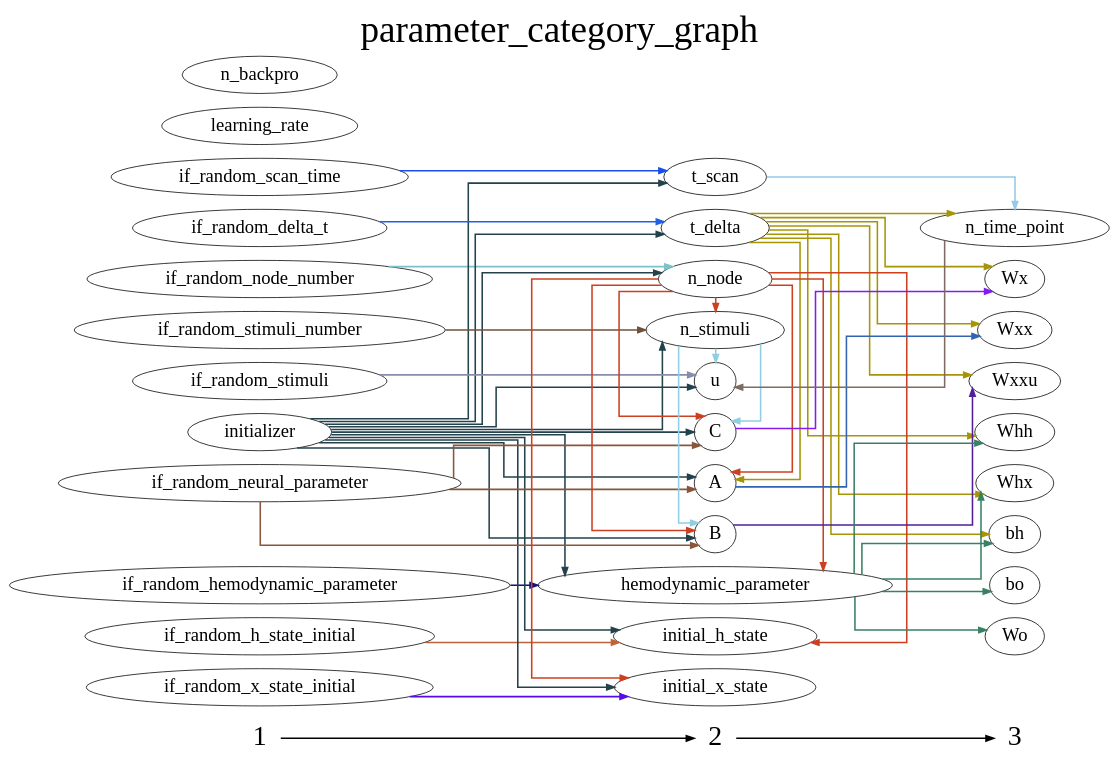
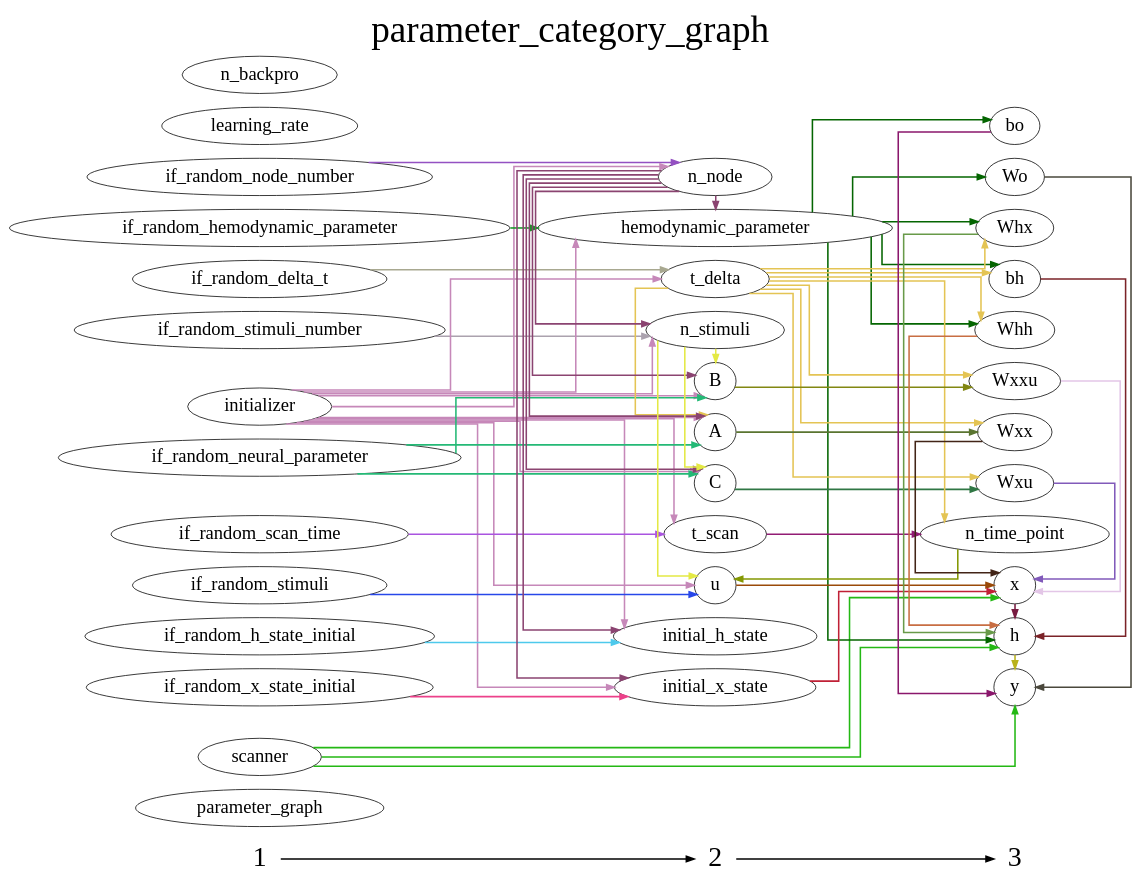
The diagram in DCM_RNN/documents/parameter_category_graph.gv (YuanWangOnward/DCM_RNN), drawn with Graphviz before and after one commit. The commit also changed 9 other files, not shown here.

Commit message:
Update parameter graph relationship graph

```diff
--- a/DCM_RNN/documents/parameter_category_graph.gv
+++ b/DCM_RNN/documents/parameter_category_graph.gv
@@ -1,106 +1,132 @@
 digraph G {
           splines=ortho;
           fontsize = 48;
           rankdir = "LR";
           node[fontsize=24];
           edge[penwidth=2];
           {
           node [shape=plaintext fontsize=36];
-          1 ->
-          2 ->
+          1 -> 
+          2 -> 
           3
           }
           {rank = same;
           1;
+          parameter_graph;
+          if_random_node_number;
+          if_random_stimuli_number;
+          initializer;
+          if_random_neural_parameter;
+          if_random_delta_t;
+          learning_rate;
+          scanner;
+          if_random_stimuli;
           if_random_scan_time;
-          if_random_node_number;
-          learning_rate;
+          n_backpro;
           if_random_h_state_initial;
+          if_random_x_state_initial;
           if_random_hemodynamic_parameter;
-          initializer;
-          if_random_stimuli;
-          if_random_neural_parameter;
-          if_random_x_state_initial;
-          if_random_delta_t;
-          if_random_stimuli_number;
-          n_backpro;
           }
           {rank = same;
           2;
-          t_scan;
+          hemodynamic_parameter;
+          C;
           t_delta;
+          u;
           n_node;
+          initial_h_state;
           B;
           A;
-          hemodynamic_parameter;
+          initial_x_state;
           n_stimuli;
-          C;
-          u;
-          initial_h_state;
-          initial_x_state;
+          t_scan;
           }
           {rank = same;
           3;
-          Wx;
           n_time_point;
+          bo;
           Wxx;
-          Whh;
           Whx;
           bh;
+          Wxu;
+          h;
+          Whh;
+          x;
+          y;
+          Wxxu;
           Wo;
-          bo;
-          Wxxu;
           }
-          initializer -> u [color="#24424C"];
-          initializer -> t_scan [color="#24424C"];
-          initializer -> t_delta [color="#24424C"];
-          initializer -> n_node [color="#24424C"];
-          initializer -> B [color="#24424C"];
-          initializer -> A [color="#24424C"];
-          initializer -> hemodynamic_parameter [color="#24424C"];
-          initializer -> n_stimuli [color="#24424C"];
-          initializer -> C [color="#24424C"];
-          initializer -> initial_h_state [color="#24424C"];
-          initializer -> initial_x_state [color="#24424C"];
-          n_time_point -> u [color="#806B64"];
-          t_delta -> Whx [color="#A69507"];
-          t_delta -> Wx [color="#A69507"];
-          t_delta -> A [color="#A69507"];
-          t_delta -> Whh [color="#A69507"];
-          t_delta -> n_time_point [color="#A69507"];
-          t_delta -> Wxx [color="#A69507"];
-          t_delta -> bh [color="#A69507"];
-          t_delta -> Wxxu [color="#A69507"];
-          if_random_x_state_initial -> initial_x_state [color="#550BEA"];
-          n_stimuli -> u [color="#92CEE3"];
-          n_stimuli -> B [color="#92CEE3"];
-          n_stimuli -> C [color="#92CEE3"];
-          t_scan -> n_time_point [color="#97C8EA"];
-          C -> Wx [color="#831CEC"];
-          if_random_node_number -> n_node [color="#79C4C9"];
-          if_random_neural_parameter -> B [color="#89553C"];
-          if_random_neural_parameter -> A [color="#89553C"];
-          if_random_neural_parameter -> C [color="#89553C"];
-          if_random_scan_time -> t_scan [color="#184EEC"];
-          if_random_stimuli -> u [color="#878CAC"];
-          if_random_stimuli_number -> n_stimuli [color="#71503C"];
-          n_node -> B [color="#CC4020"];
-          n_node -> A [color="#CC4020"];
-          n_node -> hemodynamic_parameter [color="#CC4020"];
-          n_node -> n_stimuli [color="#CC4020"];
-          n_node -> C [color="#CC4020"];
-          n_node -> initial_h_state [color="#CC4020"];
-          n_node -> initial_x_state [color="#CC4020"];
-          A -> Wxx [color="#3264B2"];
-          B -> Wxxu [color="#541E99"];
-          if_random_delta_t -> t_delta [color="#2160E7"];
-          hemodynamic_parameter -> Whx [color="#3A8164"];
-          hemodynamic_parameter -> Whh [color="#3A8164"];
-          hemodynamic_parameter -> bh [color="#3A8164"];
-          hemodynamic_parameter -> Wo [color="#3A8164"];
-          hemodynamic_parameter -> bo [color="#3A8164"];
-          if_random_h_state_initial -> initial_h_state [color="#BC653C"];
-          if_random_hemodynamic_parameter -> hemodynamic_parameter [color="#15147C"];
+          hemodynamic_parameter -> Whx [color="#046501"];
+          hemodynamic_parameter -> bh [color="#046501"];
+          hemodynamic_parameter -> h [color="#046501"];
+          hemodynamic_parameter -> bo [color="#046501"];
+          hemodynamic_parameter -> Whh [color="#046501"];
+          hemodynamic_parameter -> Wo [color="#046501"];
+          parameter_graph ;
+          C -> Wxu [color="#307744"];
+          t_delta -> n_time_point [color="#E4C454"];
+          t_delta -> Whx [color="#E4C454"];
+          t_delta -> bh [color="#E4C454"];
+          t_delta -> Wxu [color="#E4C454"];
+          t_delta -> Wxxu [color="#E4C454"];
+          t_delta -> Wxx [color="#E4C454"];
+          t_delta -> A [color="#E4C454"];
+          t_delta -> Whh [color="#E4C454"];
+          n_time_point -> u [color="#849803"];
+          u -> x [color="#9A4A09"];
+          n_node -> initial_h_state [color="#8B4471"];
+          n_node -> hemodynamic_parameter [color="#8B4471"];
+          n_node -> C [color="#8B4471"];
+          n_node -> B [color="#8B4471"];
+          n_node -> A [color="#8B4471"];
+          n_node -> initial_x_state [color="#8B4471"];
+          n_node -> n_stimuli [color="#8B4471"];
+          if_random_node_number -> n_node [color="#9451C2"];
+          initial_h_state ;
+          B -> Wxxu [color="#828712"];
+          if_random_stimuli_number -> n_stimuli [color="#ABA2AE"];
+          bo -> y [color="#8A176C"];
+          if_random_scan_time -> t_scan [color="#AA54E0"];
+          Whx -> h [color="#689A49"];
+          A -> Wxx [color="#5A7430"];
+          Wxu -> x [color="#815ABA"];
+          if_random_neural_parameter -> C [color="#24B976"];
+          if_random_neural_parameter -> B [color="#24B976"];
+          if_random_neural_parameter -> A [color="#24B976"];
+          bh -> h [color="#7B2328"];
+          h -> y [color="#B9B21C"];
+          t_scan -> n_time_point [color="#921C74"];
+          if_random_delta_t -> t_delta [color="#A8A890"];
+          learning_rate ;
+          Wxx -> x [color="#422417"];
+          initial_x_state -> x [color="#C02036"];
+          scanner -> h [color="#24B814"];
+          scanner -> y [color="#24B814"];
+          scanner -> x [color="#24B814"];
+          if_random_stimuli -> u [color="#2747E9"];
+          n_backpro ;
+          if_random_h_state_initial -> initial_h_state [color="#4EC9EC"];
+          Whh -> h [color="#C86E43"];
+          if_random_x_state_initial -> initial_x_state [color="#EC418A"];
+          x -> h [color="#781C41"];
+          n_stimuli -> u [color="#E4E945"];
+          n_stimuli -> C [color="#E4E945"];
+          n_stimuli -> B [color="#E4E945"];
+          y ;
+          initializer -> u [color="#C688B9"];
+          initializer -> initial_h_state [color="#C688B9"];
+          initializer -> t_scan [color="#C688B9"];
+          initializer -> hemodynamic_parameter [color="#C688B9"];
+          initializer -> C [color="#C688B9"];
+          initializer -> t_delta [color="#C688B9"];
+          initializer -> n_node [color="#C688B9"];
+          initializer -> B [color="#C688B9"];
+          initializer -> A [color="#C688B9"];
+          initializer -> initial_x_state [color="#C688B9"];
+          initializer -> n_stimuli [color="#C688B9"];
+          Wxxu -> x [color="#E3C6E7"];
+          Wo -> y [color="#4A483C"];
+          if_random_hemodynamic_parameter -> hemodynamic_parameter [color="#129823"];
           labelloc = "t";
           label = "parameter_category_graph";
 }
```
